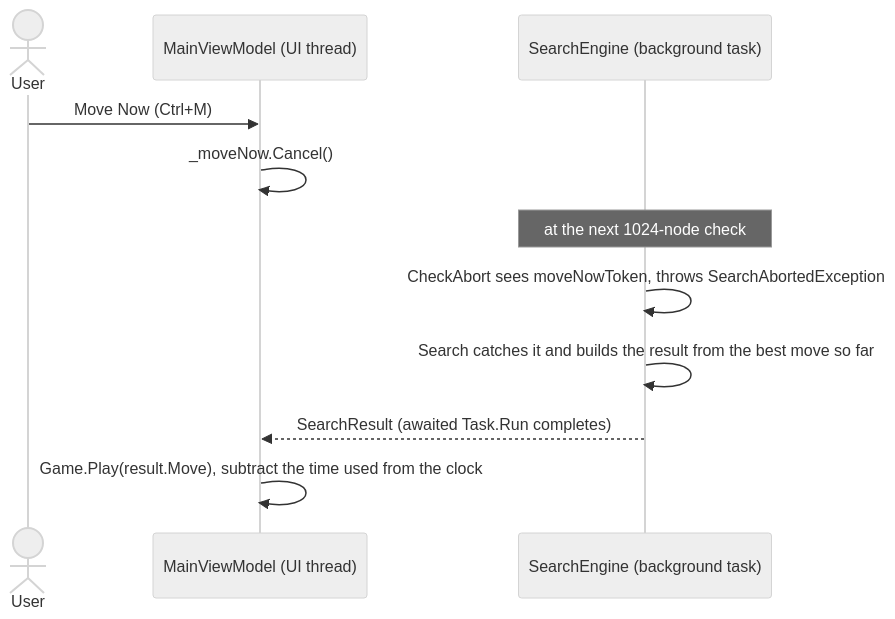
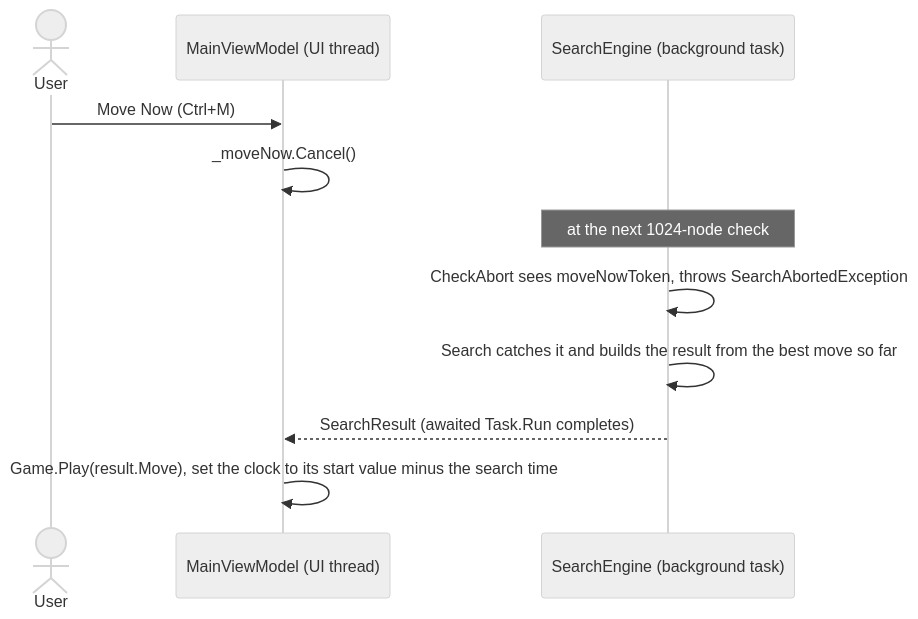
The second of 2 diagrams in docs/brain/09-time-control.md (cjp-dev/Stello), drawn with Mermaid (neutral theme) before and after one commit. The commit also changed other lines of this file and 12 other files, not shown here.

````diff
--- a/docs/brain/09-time-control.md
+++ b/docs/brain/09-time-control.md
@@ -101,13 +101,13 @@
 ```mermaid
 sequenceDiagram
     actor User
     participant VM as MainViewModel (UI thread)
     participant SE as SearchEngine (background task)
     User->>VM: Move Now (Ctrl+M)
     VM->>VM: _moveNow.Cancel()
     Note over SE: at the next 1024-node check
     SE->>SE: CheckAbort sees moveNowToken, throws SearchAbortedException
     SE->>SE: Search catches it and builds the result from the best move so far
     SE-->>VM: SearchResult (awaited Task.Run completes)
-    VM->>VM: Game.Play(result.Move), subtract the time used from the clock
+    VM->>VM: Game.Play(result.Move), set the clock to its start value minus the search time
 ```
````
